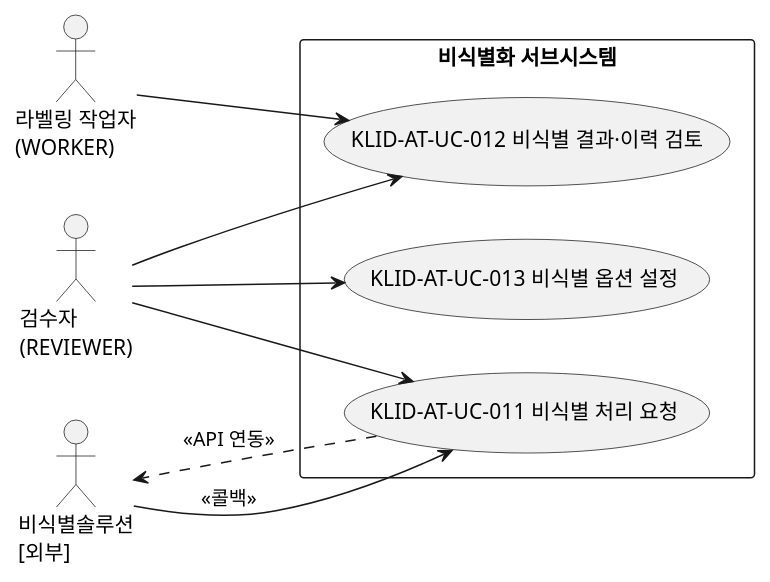
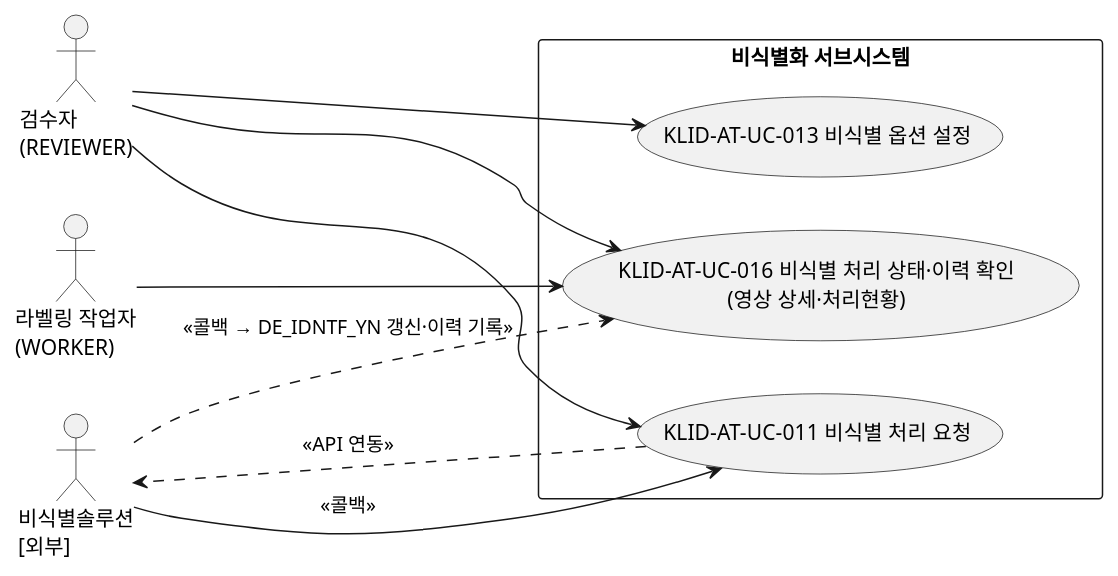
One commit to New-stella/klid-label changed the sixth of 6 diagrams in docs/design/R2-유스케이스명세서.md. Above: the diagram before and after it, drawn with PlantUML. The commit also changed other lines of this file and 36 other files, not shown here.

````diff
--- a/docs/design/R2-유스케이스명세서.md
+++ b/docs/design/R2-유스케이스명세서.md
@@ -149,21 +168,22 @@
 ```plantuml
 @startuml
 left to right direction
 actor "검수자\n(REVIEWER)" as REVIEWER
 actor "라벨링 작업자\n(WORKER)" as WORKER
 actor "비식별솔루션\n[외부]" as DEID
 
 rectangle "비식별화 서브시스템" {
   usecase "KLID-AT-UC-011 비식별 처리 요청" as UC011
-  usecase "KLID-AT-UC-012 비식별 결과·이력 검토" as UC012
   usecase "KLID-AT-UC-013 비식별 옵션 설정" as UC013
+  usecase "KLID-AT-UC-016 비식별 처리 상태·이력 확인\n(영상 상세·처리현황)" as UC016
 }
 
 REVIEWER --> UC011
 REVIEWER --> UC013
-REVIEWER --> UC012
-WORKER --> UC012
+REVIEWER --> UC016
+WORKER --> UC016
 UC011 ..> DEID : <<API 연동>>
 DEID --> UC011 : <<콜백>>
+DEID ..> UC016 : <<콜백 → DE_IDNTF_YN 갱신·이력 기록>>
 @enduml
 ```
````
